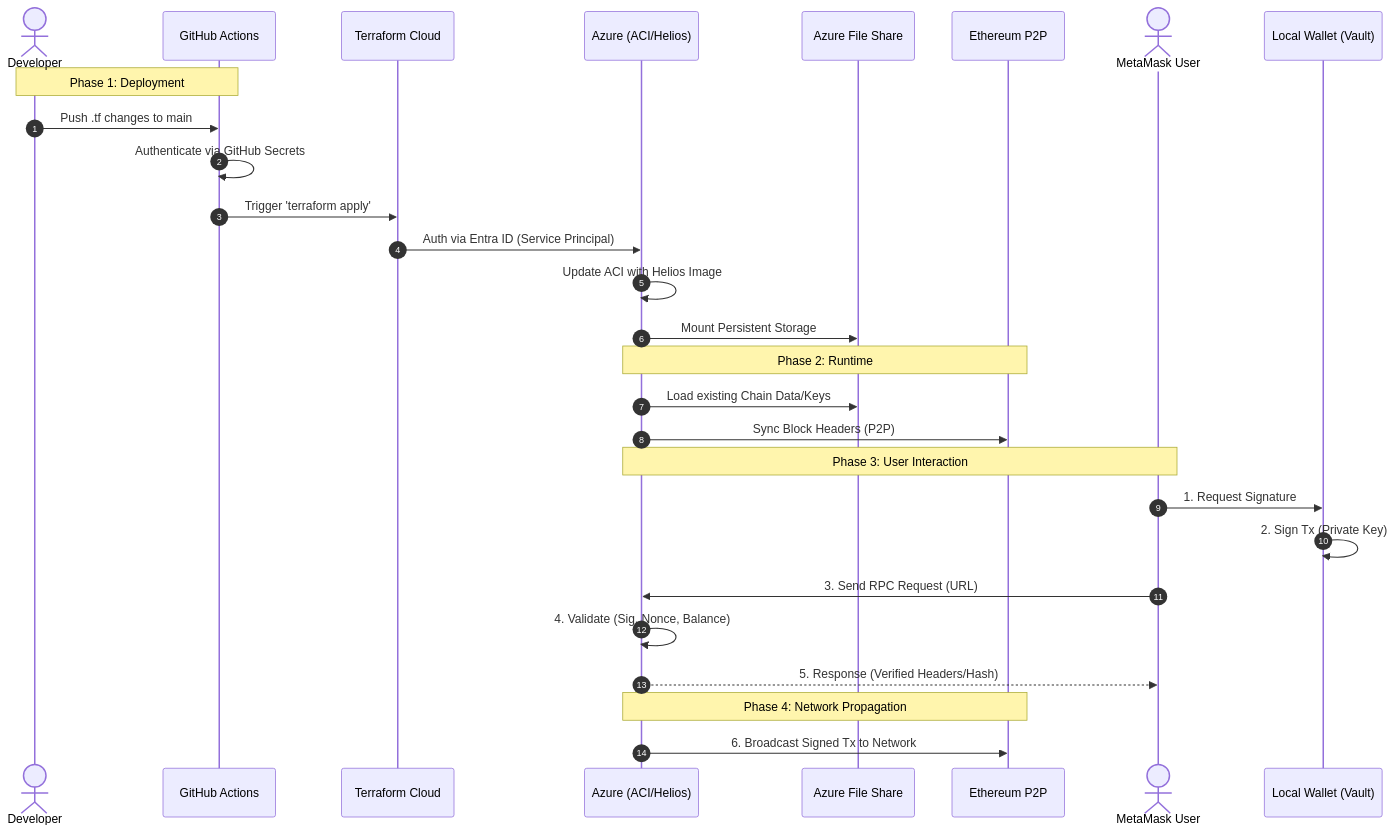
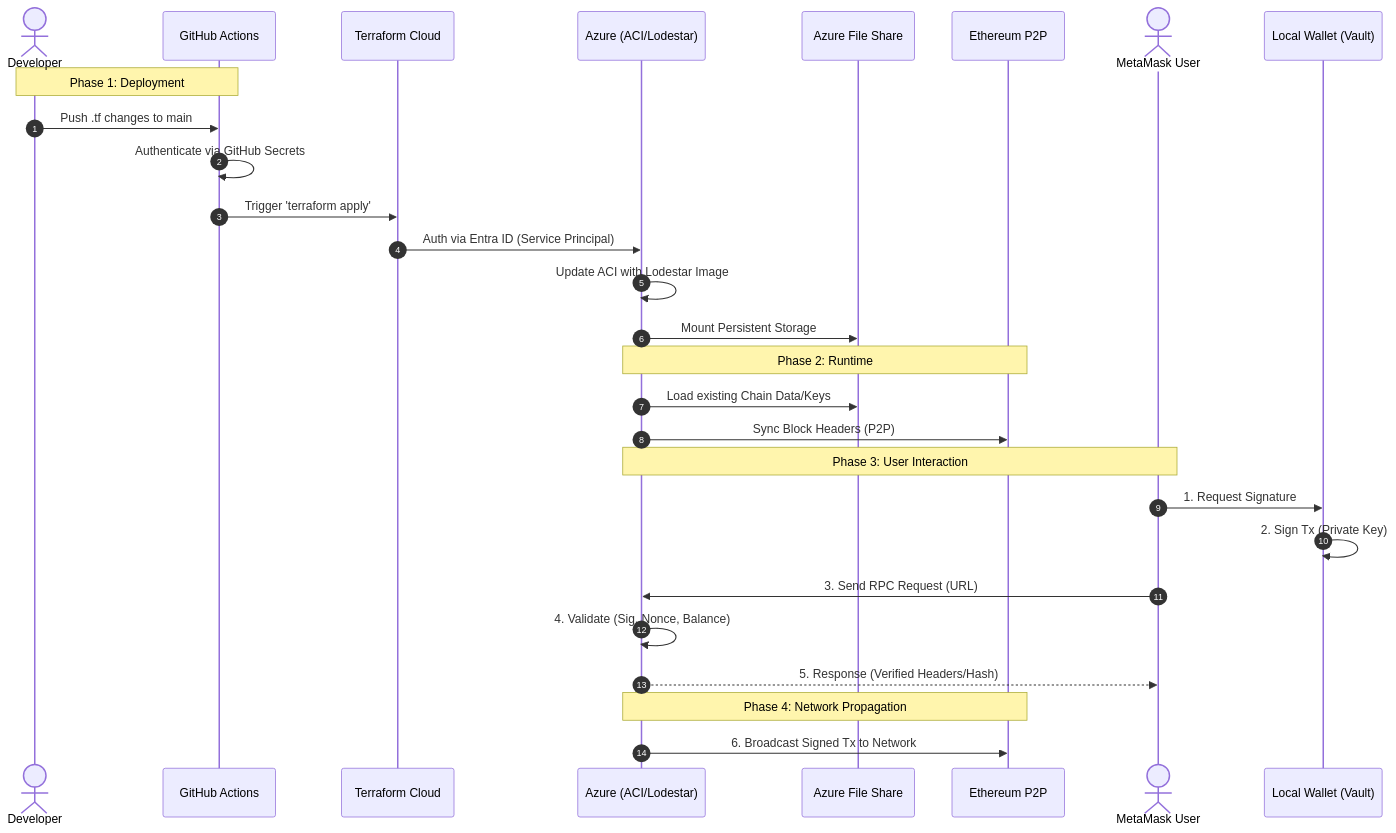
The fourth of 4 diagrams in HighLevelDesign.md (vfr750y/Cost-Optimized-Ethereum-Node-On-Azure), drawn with Mermaid before and after one commit. The commit also changed other lines of this file and 1 other file, not shown here.

````diff
--- a/HighLevelDesign.md
+++ b/HighLevelDesign.md
@@ -127,35 +127,35 @@
 ```mermaid
 sequenceDiagram
     autonumber
     actor Dev as Developer
     participant GH as GitHub Actions
     participant TF as Terraform Cloud
-    participant Azure as Azure (ACI/Helios)
+    participant Azure as Azure (ACI/Lodestar)
     participant FS as Azure File Share
     participant BC as Ethereum P2P
 
     Note over Dev, GH: Phase 1: Deployment
     Dev->>GH: Push .tf changes to main
     GH->>GH: Authenticate via GitHub Secrets
     GH->>TF: Trigger 'terraform apply'
     TF->>Azure: Auth via Entra ID (Service Principal)
-    Azure->>Azure: Update ACI with Helios Image
+    Azure->>Azure: Update ACI with Lodestar Image
     Azure->>FS: Mount Persistent Storage
 
     Note over Azure, BC: Phase 2: Runtime
     Azure->>FS: Load existing Chain Data/Keys
     Azure->>BC: Sync Block Headers (P2P)
     
     Note over User, Azure: Phase 3: User Interaction
     actor User as MetaMask User
     participant Wallet as Local Wallet (Vault)
     
     User->>Wallet: 1. Request Signature
     Wallet->>Wallet: 2. Sign Tx (Private Key)
     User->>Azure: 3. Send RPC Request (URL)
     Azure->>Azure: 4. Validate (Sig, Nonce, Balance)
     Azure-->>User: 5. Response (Verified Headers/Hash)
     
     Note over Azure, BC: Phase 4: Network Propagation
     Azure->>BC: 6. Broadcast Signed Tx to Network
 ```
````
